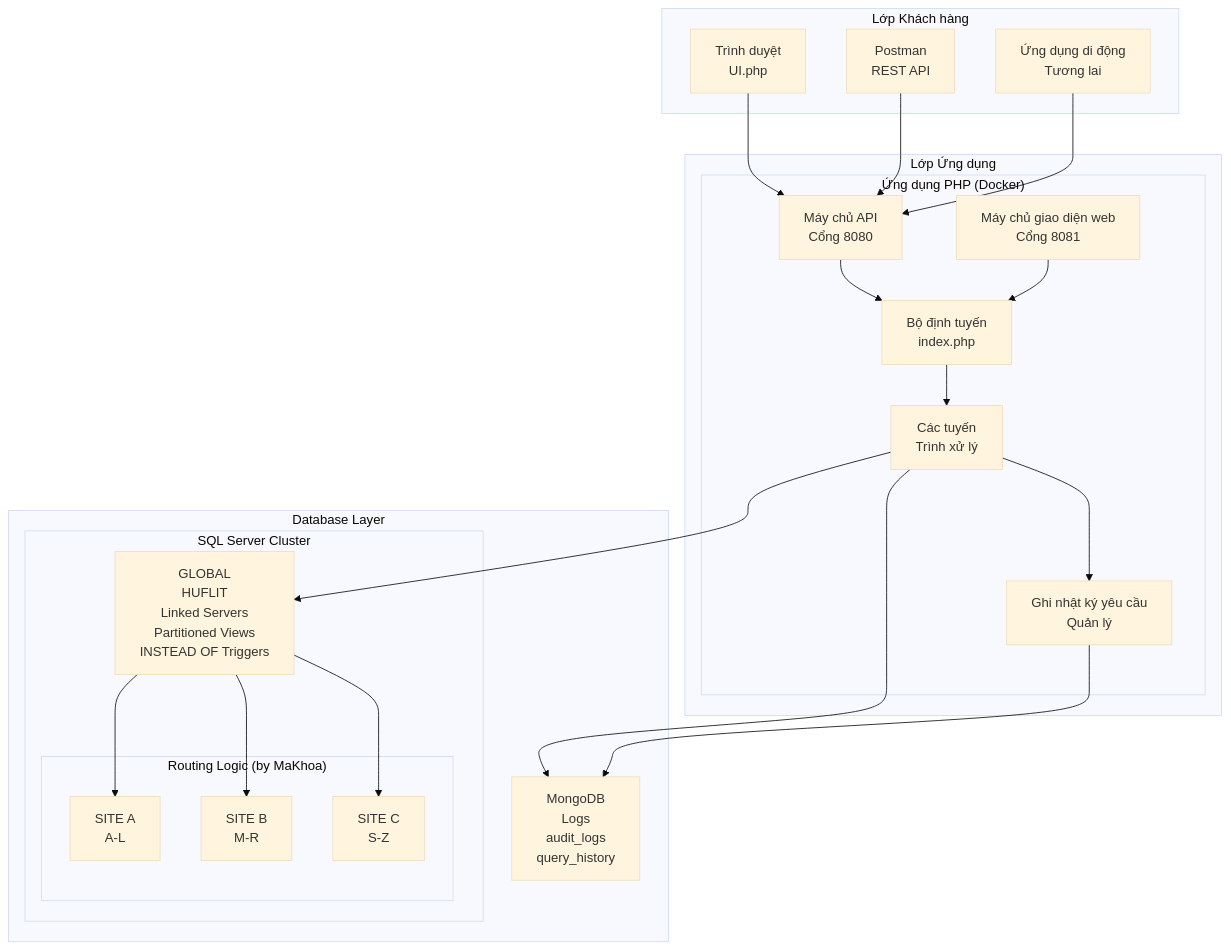
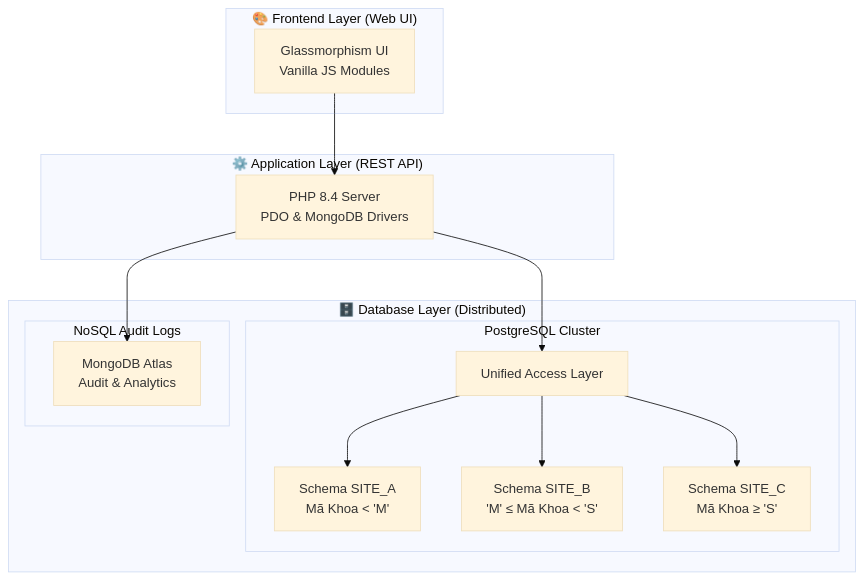
The diagram in ARCHITECTURE.md (TienxDun/Distributed_Database), drawn with Mermaid (base theme) before and after one commit. The commit also changed other lines of this file and 28 other files, not shown here.

Commit message:
feat: Triển khai ứng dụng quản lý cơ sở dữ liệu phân tán ban đầu với giao diện người dùng, API và cấu hình triển khai.

````diff
--- a/ARCHITECTURE.md
+++ b/ARCHITECTURE.md
@@ -37,44 +20,30 @@
 ```mermaid
-graph TD
-    subgraph "Lớp Khách hàng"
-        Browser[Trình duyệt<br/>UI.php]
-        Postman[Postman<br/>REST API]
-        Mobile[Ứng dụng di động<br/>Tương lai]
+graph TB
+    subgraph "🎨 Frontend Layer (Web UI)"
+        UI[Glassmorphism UI<br/>Vanilla JS Modules]
     end
 
-    subgraph "Lớp Ứng dụng"
-        subgraph "Ứng dụng PHP (Docker)"
-            API[Máy chủ API<br/>Cổng 8080]
-            UI[Máy chủ giao diện web<br/>Cổng 8081]
-            Router[Bộ định tuyến<br/>index.php]
-            Routes[Các tuyến<br/>Trình xử lý]
-            Logger[Ghi nhật ký yêu cầu<br/>Quản lý]
+    subgraph "⚙️ Application Layer (REST API)"
+        PHP[PHP 8.4 Server<br/>PDO & MongoDB Drivers]
+    end
+
+    subgraph "🗄️ Database Layer (Distributed)"
+        subgraph "PostgreSQL Cluster"
+            Hub[Unified Access Layer]
+            SiteA[Schema SITE_A<br/>Mã Khoa < 'M']
+            SiteB[Schema SITE_B<br/>'M' ≤ Mã Khoa < 'S']
+            SiteC[Schema SITE_C<br/>Mã Khoa ≥ 'S']
+        end
+        
+        subgraph "NoSQL Audit Logs"
+            Mongo[MongoDB Atlas<br/>Audit & Analytics]
         end
     end
 
-    subgraph "Database Layer"
-        subgraph "SQL Server Cluster"
-            Global[GLOBAL<br/>HUFLIT<br/>Linked Servers<br/>Partitioned Views<br/>INSTEAD OF Triggers]
-            subgraph "Routing Logic (by MaKhoa)"
-                SiteA[SITE A<br/>A-L]
-                SiteB[SITE B<br/>M-R]
-                SiteC[SITE C<br/>S-Z]
-            end
-        end
-        Mongo[MongoDB<br/>Logs<br/>audit_logs<br/>query_history]
-    end
-
-    Browser --> API
-    Postman --> API
-    Mobile --> API
-    API --> Router
-    UI --> Router
-    Router --> Routes
-    Routes --> Logger
-    Routes --> Global
-    Global --> SiteA
-    Global --> SiteB
-    Global --> SiteC
-    Routes --> Mongo
-    Logger --> Mongo
+    UI --> PHP
+    PHP --> Hub
+    Hub --> SiteA
+    Hub --> SiteB
+    Hub --> SiteC
+    PHP --> Mongo
 ```
````
